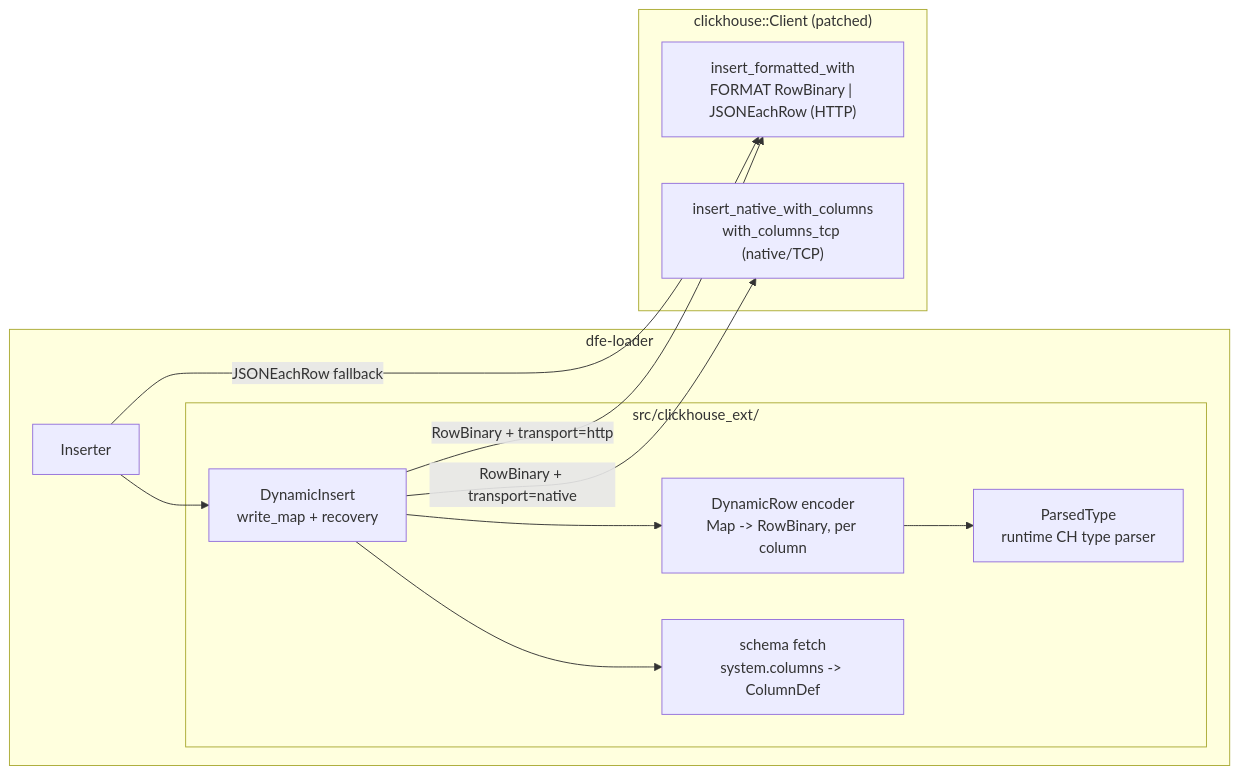
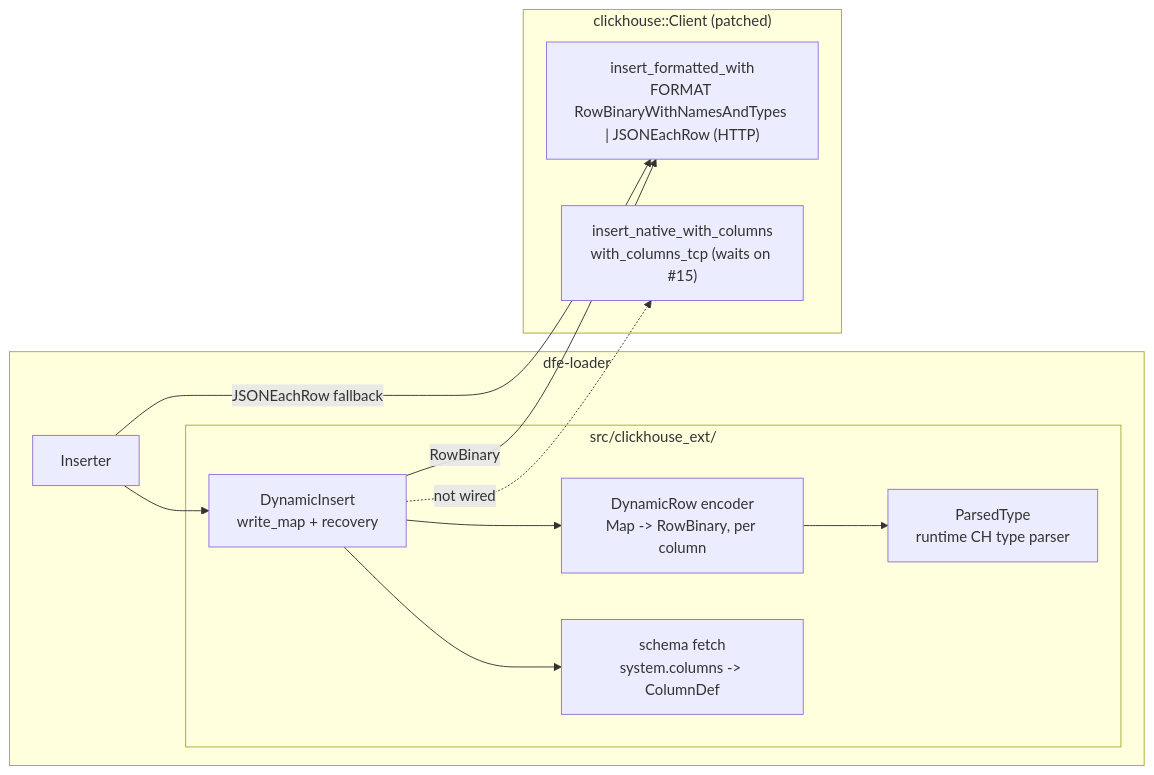
One commit to hyperi-io/dfe-loader changed the second of 3 diagrams in docs/ARCHITECTURE.md. Above: the diagram before and after it, drawn with Mermaid. The commit also changed other lines of this file and 56 other files, not shown here.

````diff
--- a/docs/ARCHITECTURE.md
+++ b/docs/ARCHITECTURE.md
@@ -65,23 +65,23 @@
 ```mermaid
 flowchart LR
     subgraph loader["dfe-loader"]
         INS["Inserter"]
         subgraph ext["src/clickhouse_ext/"]
             PT["ParsedType<br/>runtime CH type parser"]
             ENC["DynamicRow encoder<br/>Map -> RowBinary, per column"]
             SCH["schema fetch<br/>system.columns -> ColumnDef"]
             DI["DynamicInsert<br/>write_map + recovery"]
         end
     end
     subgraph fork["clickhouse::Client (patched)"]
-        IFW["insert_formatted_with<br/>FORMAT RowBinary | JSONEachRow (HTTP)"]
-        INC["insert_native_with_columns<br/>with_columns_tcp (native/TCP)"]
+        IFW["insert_formatted_with<br/>FORMAT RowBinaryWithNamesAndTypes | JSONEachRow (HTTP)"]
+        INC["insert_native_with_columns<br/>with_columns_tcp (waits on #15)"]
     end
 
     INS --> DI
     DI --> ENC --> PT
     DI --> SCH
-    DI -->|RowBinary + transport=http| IFW
-    DI -->|RowBinary + transport=native| INC
+    DI -->|RowBinary| IFW
+    DI -.->|not wired| INC
     INS -->|JSONEachRow fallback| IFW
 ```
````
